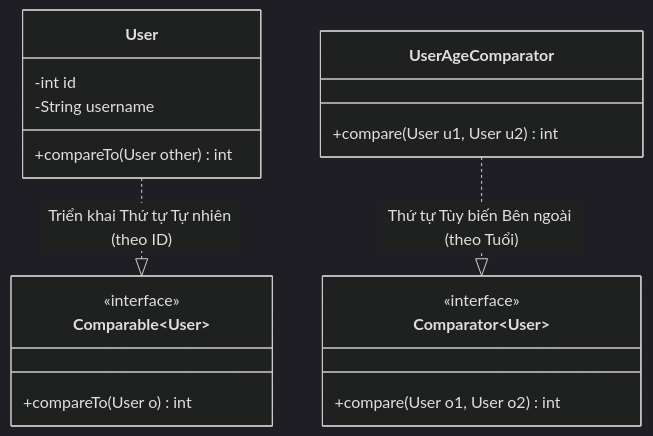
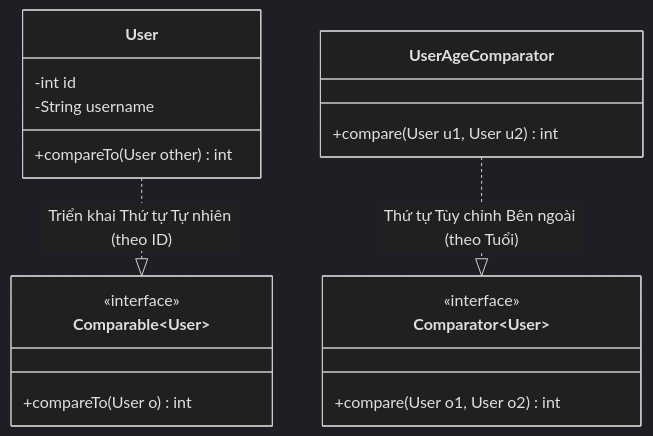
One commit to PhuThien2005/theoretical-of-java-core changed the second of 3 diagrams in vi/20-comparable-comparator/theory/01-comparable-concepts.md. Above: the diagram before and after it, drawn with Mermaid (dark theme). The commit also changed other lines of this file and 229 other files, not shown here.

````diff
--- a/vi/20-comparable-comparator/theory/01-comparable-concepts.md
+++ b/vi/20-comparable-comparator/theory/01-comparable-concepts.md
@@ -192,22 +189,22 @@
 ```mermaid
 classDiagram
     class User {
         -int id
         -String username
         +compareTo(User other) int
     }
     class Comparable~User~ {
         <<interface>>
         +compareTo(User o) int
     }
     User ..|> Comparable~User~ : Triển khai Thứ tự Tự nhiên (theo ID)
 
     class UserAgeComparator {
         +compare(User u1, User u2) int
     }
     class Comparator~User~ {
         <<interface>>
         +compare(User o1, User o2) int
     }
-    UserAgeComparator ..|> Comparator~User~ : Thứ tự Tùy biến Bên ngoài (theo Tuổi)
+    UserAgeComparator ..|> Comparator~User~ : Thứ tự Tùy chỉnh Bên ngoài (theo Tuổi)
 ```
````
